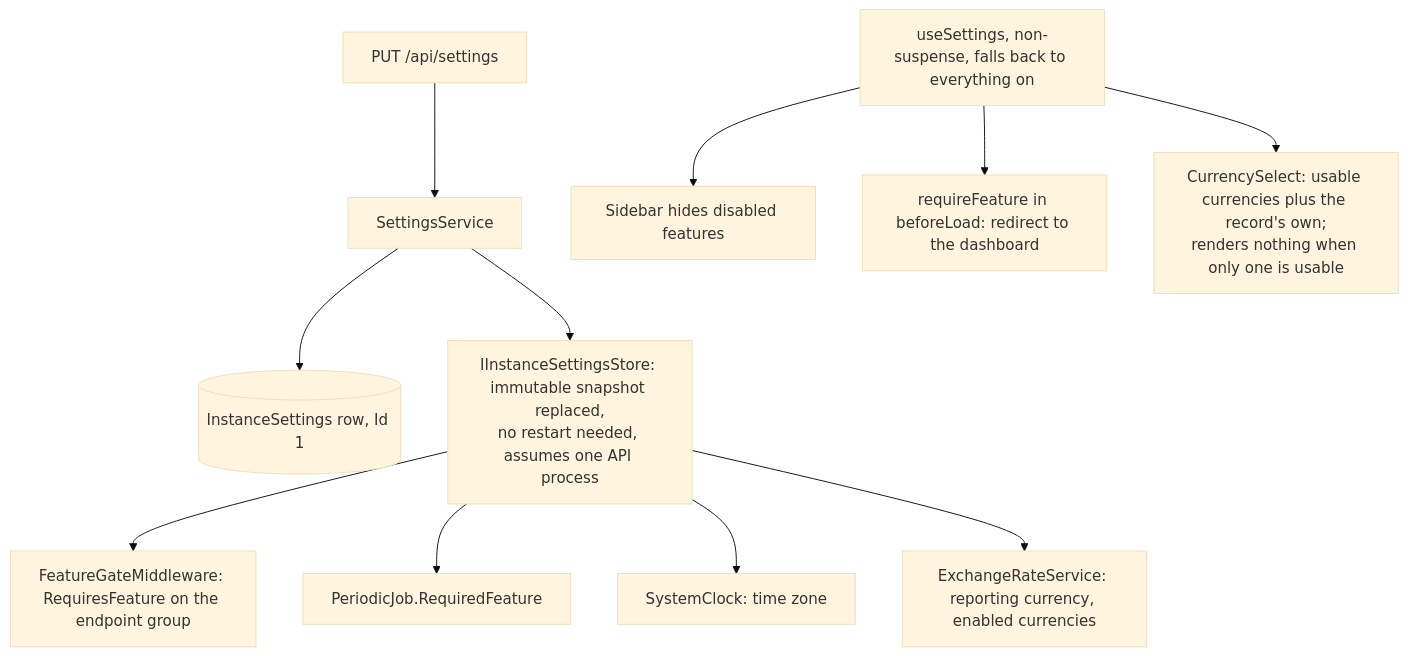
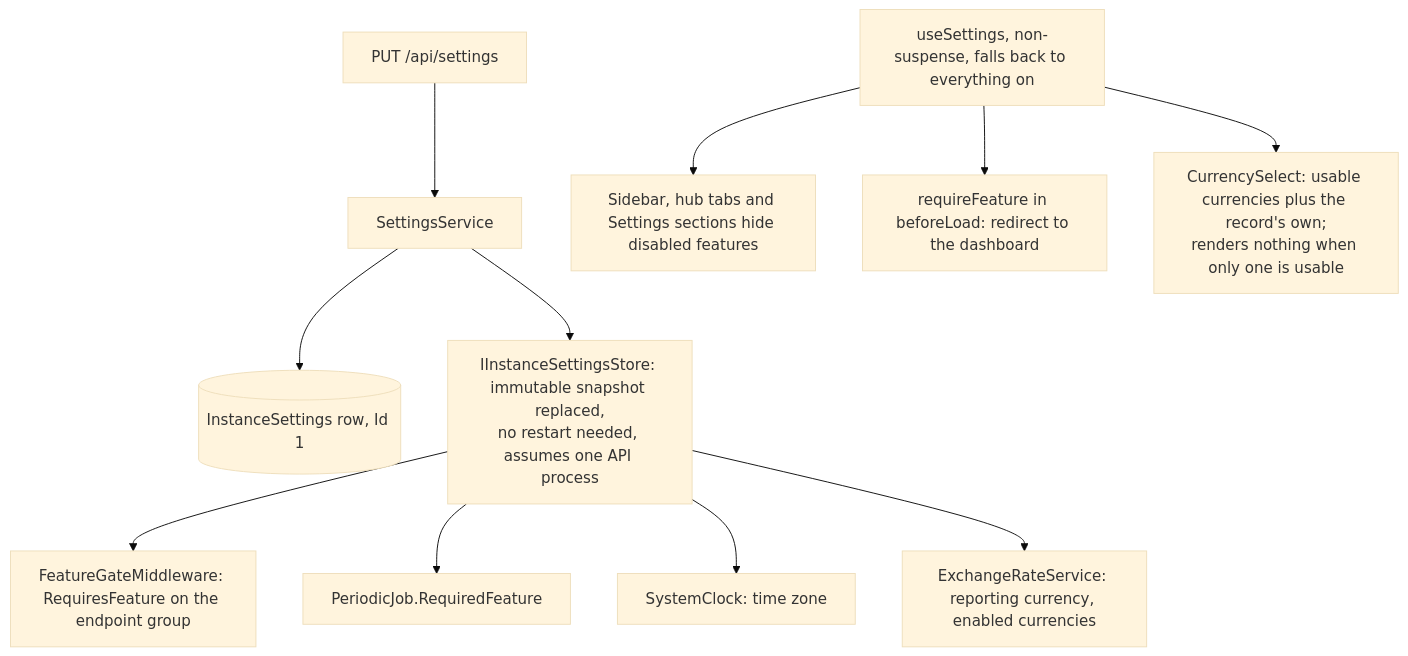
The diagram in docs/features/installation-settings.md (Justxs/Jx-Finance), drawn with Mermaid (base theme) before and after one commit. The commit also changed other lines of this file and 138 other files, not shown here.

````diff
--- a/docs/features/installation-settings.md
+++ b/docs/features/installation-settings.md
@@ -7,13 +7,13 @@
 ```mermaid
 flowchart TD
     Save["PUT /api/settings"] --> Svc["SettingsService"]
     Svc --> Row[("InstanceSettings row, Id 1")]
     Svc --> Store["IInstanceSettingsStore: immutable snapshot replaced,<br/>no restart needed, assumes one API process"]
     Store --> Gate["FeatureGateMiddleware: RequiresFeature on the endpoint group"]
     Store --> Jobs["PeriodicJob.RequiredFeature"]
     Store --> Clock["SystemClock: time zone"]
     Store --> Rates["ExchangeRateService: reporting currency, enabled currencies"]
-    Client["useSettings, non-suspense, falls back to everything on"] --> Nav["Sidebar hides disabled features"]
+    Client["useSettings, non-suspense, falls back to everything on"] --> Nav["Sidebar, hub tabs and Settings sections hide disabled features"]
     Client --> Before["requireFeature in beforeLoad: redirect to the dashboard"]
     Client --> Cur["CurrencySelect: usable currencies plus the record's own;<br/>renders nothing when only one is usable"]
 ```
````
